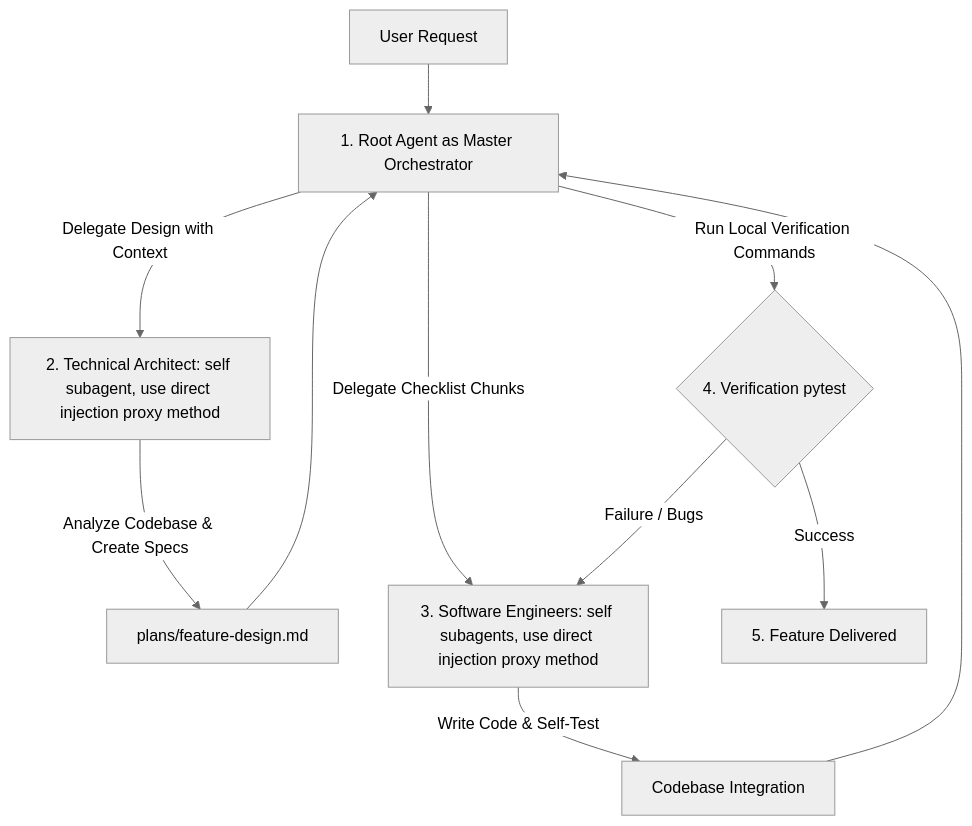
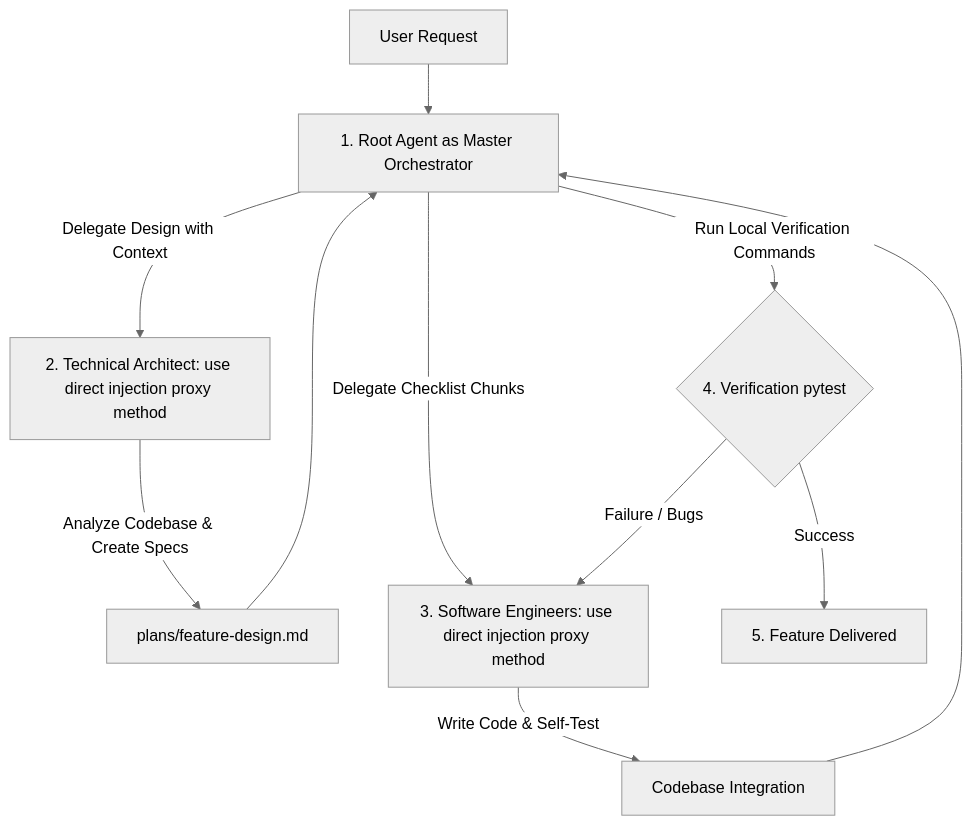
One commit to ypenn21/adk-agents changed the diagram in .agents/rules/multi-agent-workflow.md. Above: the diagram before and after it, drawn with Mermaid (neutral theme). The commit also changed other lines of this file, not shown here.

Commit message:
update rules

````diff
--- a/.agents/rules/multi-agent-workflow.md
+++ b/.agents/rules/multi-agent-workflow.md
@@ -22,13 +21,13 @@
 ```mermaid
 graph TD
     User[User Request] --> Orchestrator[1. Root Agent as Master Orchestrator]
-    Orchestrator -->|Delegate Design with Context| Architect[2. Technical Architect: self subagent, use direct injection proxy method]
+    Orchestrator -->|Delegate Design with Context| Architect[2. Technical Architect: use direct injection proxy method]
     Architect -->|Analyze Codebase & Create Specs| Blueprint[plans/feature-design.md]
     Blueprint --> Orchestrator
-    Orchestrator -->|Delegate Checklist Chunks| Engineers[3. Software Engineers: self subagents, use direct injection proxy method]
+    Orchestrator -->|Delegate Checklist Chunks| Engineers[3. Software Engineers: use direct injection proxy method]
     Engineers -->|Write Code & Self-Test| Codebase[Codebase Integration]
     Codebase --> Orchestrator
     Orchestrator -->|Run Local Verification Commands| Verification{4. Verification pytest}
     Verification -->|Success| Complete[5. Feature Delivered]
     Verification -->|Failure / Bugs| Engineers
 ```
````
